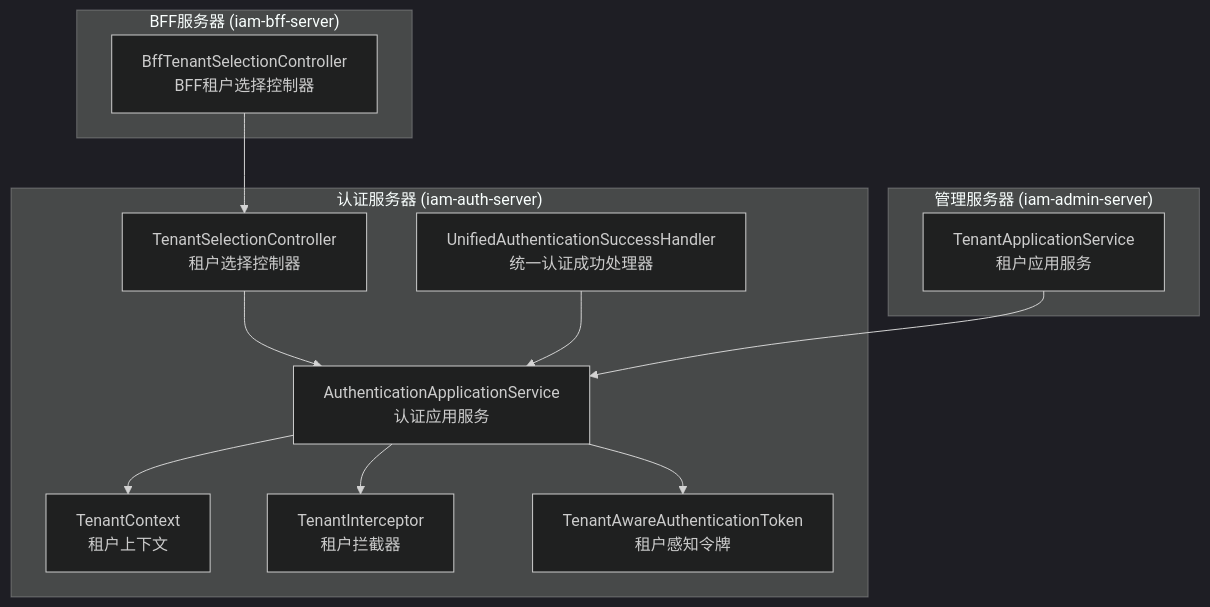
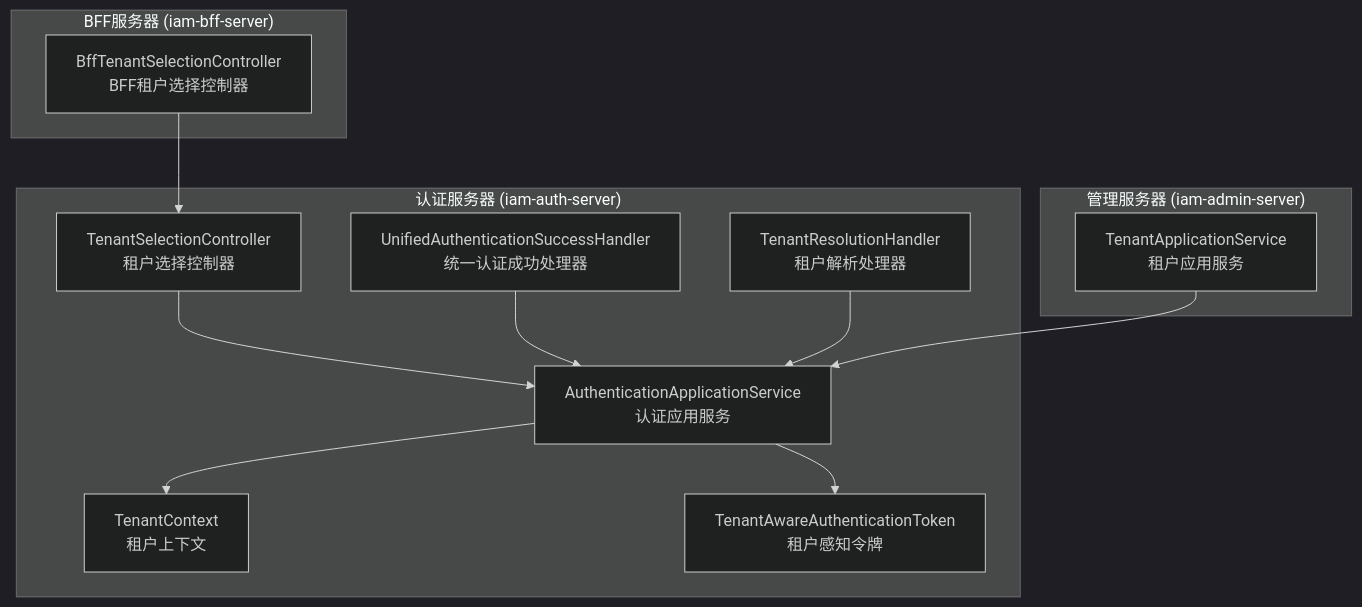
The first of 6 diagrams in .qoder/repowiki/zh/content/核心模块/认证服务器 (iam-auth-server)/Web控制器层/租户选择控制器.md (fq0121104930716/iam-platform), drawn with Mermaid (dark theme) before and after one commit. The commit also changed other lines of this file and 13 other files, not shown here.

````diff
--- a/.qoder/repowiki/zh/content/核心模块/认证服务器 (iam-auth-server)/Web控制器层/租户选择控制器.md
+++ b/.qoder/repowiki/zh/content/核心模块/认证服务器 (iam-auth-server)/Web控制器层/租户选择控制器.md
@@ -37,24 +42,24 @@
 ```mermaid
 graph TB
 subgraph "认证服务器 (iam-auth-server)"
 A[TenantSelectionController<br/>租户选择控制器]
 B[AuthenticationApplicationService<br/>认证应用服务]
 C[TenantContext<br/>租户上下文]
-D[TenantInterceptor<br/>租户拦截器]
-E[TenantAwareAuthenticationToken<br/>租户感知令牌]
-F[UnifiedAuthenticationSuccessHandler<br/>统一认证成功处理器]
+D[TenantAwareAuthenticationToken<br/>租户感知令牌]
+E[UnifiedAuthenticationSuccessHandler<br/>统一认证成功处理器]
+F[TenantResolutionHandler<br/>租户解析处理器]
 end
 subgraph "BFF服务器 (iam-bff-server)"
 G[BffTenantSelectionController<br/>BFF租户选择控制器]
 end
 subgraph "管理服务器 (iam-admin-server)"
 H[TenantApplicationService<br/>租户应用服务]
 end
 A --> B
 B --> C
 B --> D
-B --> E
+E --> B
 F --> B
 G --> A
 H --> B
 ```
````
